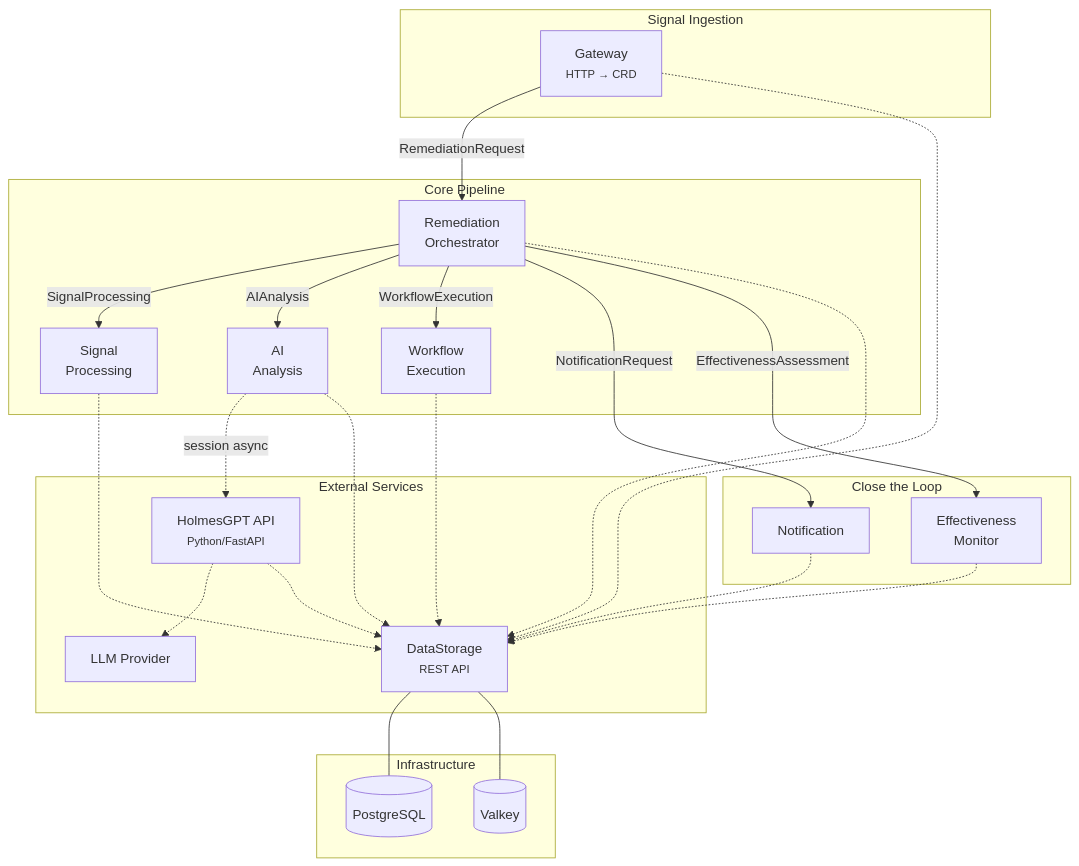
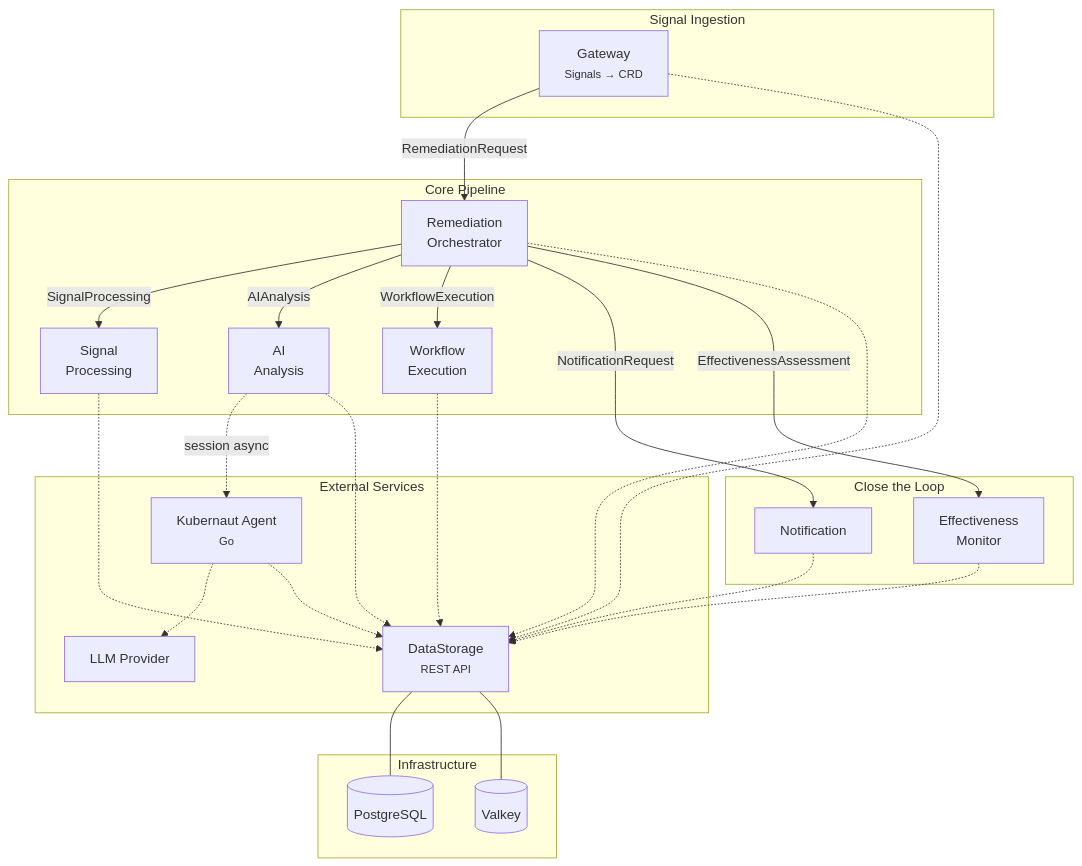
Before and after one commit to jordigilh/kubernaut-docs: the diagram in docs/architecture/overview.md, drawn with Mermaid. The commit also changed other lines of this file and 58 other files, not shown here.

````diff
--- a/docs/architecture/overview.md
+++ b/docs/architecture/overview.md
@@ -55,51 +55,51 @@
 ```mermaid
 graph TB
     subgraph Ingress["Signal Ingestion"]
-        GW[Gateway<br/><small>HTTP → CRD</small>]
+        GW[Gateway<br/><small>Signals → CRD</small>]
     end
 
     subgraph Core["Core Pipeline"]
         RO[Remediation<br/>Orchestrator]
         SP[Signal<br/>Processing]
         AA[AI<br/>Analysis]
         WE[Workflow<br/>Execution]
     end
 
     subgraph Closing["Close the Loop"]
         NF[Notification]
         EM[Effectiveness<br/>Monitor]
     end
 
     subgraph External["External Services"]
-        HAPI[HolmesGPT API<br/><small>Python/FastAPI</small>]
+        KA[Kubernaut Agent<br/><small>Go</small>]
         DS[DataStorage<br/><small>REST API</small>]
         LLM[LLM Provider]
     end
 
     subgraph Infra["Infrastructure"]
         PG[(PostgreSQL)]
         RD[(Valkey)]
     end
 
     GW -->|RemediationRequest| RO
     RO -->|SignalProcessing| SP
     RO -->|AIAnalysis| AA
     RO -->|WorkflowExecution| WE
     RO -->|NotificationRequest| NF
     RO -->|EffectivenessAssessment| EM
 
-    AA -.->|session async| HAPI
-    HAPI -.-> LLM
-    HAPI -.-> DS
+    AA -.->|session async| KA
+    KA -.-> LLM
+    KA -.-> DS
 
     SP -.-> DS
     AA -.-> DS
     WE -.-> DS
     NF -.-> DS
     EM -.-> DS
     RO -.-> DS
     GW -.-> DS
 
     DS --- PG
     DS --- RD
 ```
````
